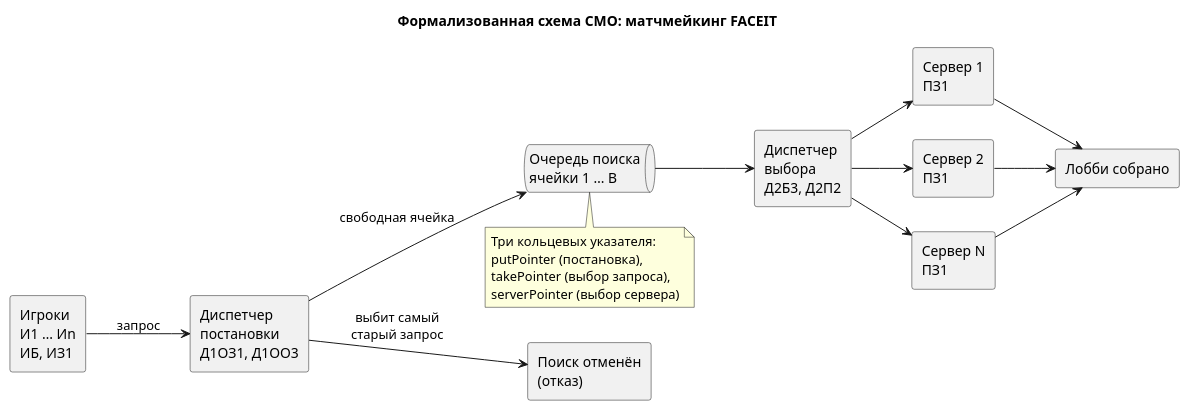
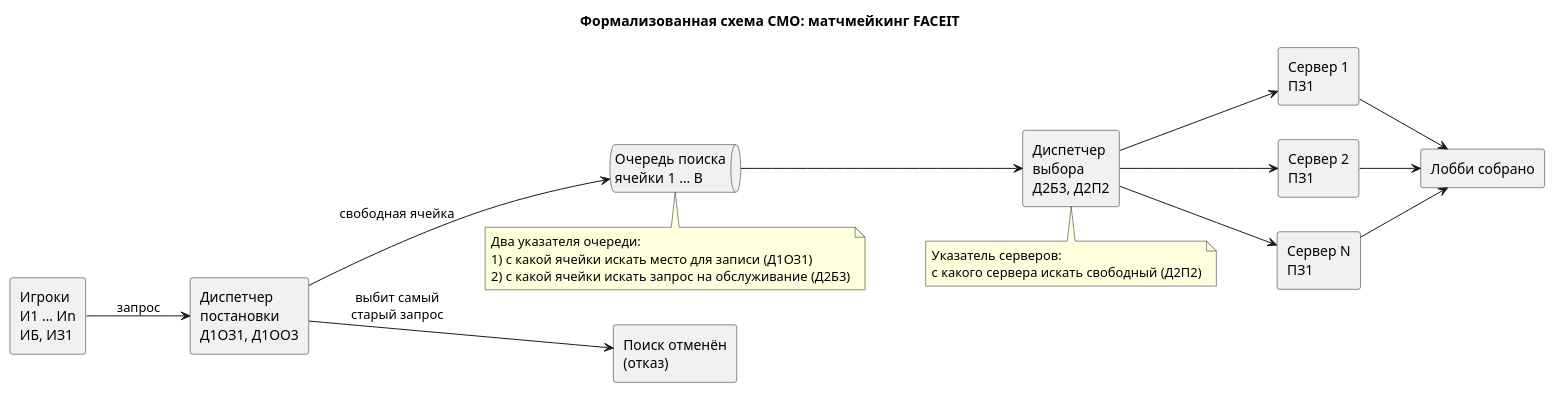
Before and after one commit to Exam-Play/smo-faceit-matchmaking: the diagram in artifacts/formalized-scheme.puml, drawn with PlantUML. The commit also changed 3 other files, not shown here.

```diff
--- a/artifacts/formalized-scheme.puml
+++ b/artifacts/formalized-scheme.puml
@@ -1,33 +1,37 @@
 @startuml
 title Формализованная схема СМО: матчмейкинг FACEIT
 left to right direction
 skinparam shadowing false
 
 rectangle "Игроки\nИ1 … Иn\nИБ, ИЗ1" as P
 rectangle "Диспетчер\nпостановки\nД1ОЗ1, Д1ОО3" as DP
 queue "Очередь поиска\nячейки 1 … B" as Q
 rectangle "Диспетчер\nвыбора\nД2Б3, Д2П2" as DV
 rectangle "Сервер 1\nПЗ1" as S1
 rectangle "Сервер 2\nПЗ1" as S2
 rectangle "Сервер N\nПЗ1" as SN
 rectangle "Лобби собрано" as OK
 rectangle "Поиск отменён\n(отказ)" as REJ
 
 P --> DP : запрос
 DP --> Q : свободная ячейка
 DP --> REJ : выбит самый\nстарый запрос
 Q --> DV
 DV --> S1
 DV --> S2
 DV --> SN
 S1 --> OK
 S2 --> OK
 SN --> OK
 
 note bottom of Q
-  Три кольцевых указателя:
-  putPointer (постановка),
-  takePointer (выбор запроса),
-  serverPointer (выбор сервера)
+  Два указателя очереди:
+  1) с какой ячейки искать место для записи (Д1ОЗ1)
+  2) с какой ячейки искать запрос на обслуживание (Д2Б3)
+end note
+
+note bottom of DV
+  Указатель серверов:
+  с какого сервера искать свободный (Д2П2)
 end note
 @enduml
```
